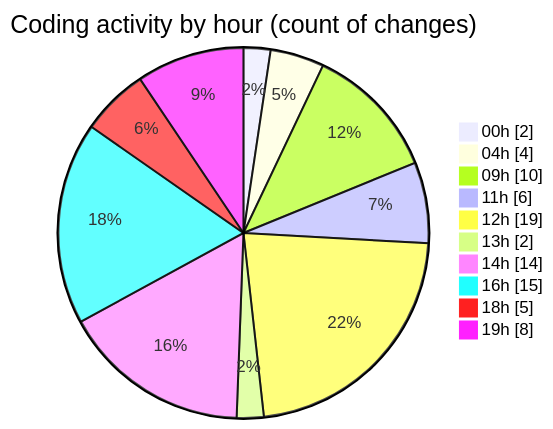
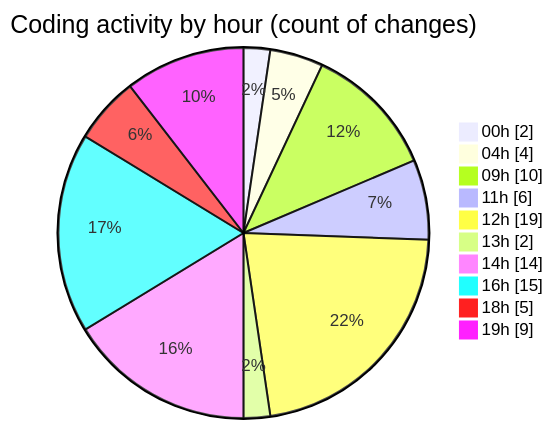
Before and after one commit to julien-gomy/code-tracking: the second of 2 diagrams in 2025-10-28/eventscop-frontend-guide__workspace_/README.md, drawn with Mermaid. The commit also changed other lines of this file and 1 other file, not shown here.

````diff
--- a/2025-10-28/eventscop-frontend-guide__workspace_/README.md
+++ b/2025-10-28/eventscop-frontend-guide__workspace_/README.md
@@ -57,14 +57,14 @@
 ```mermaid
 pie showData
 title Coding activity by hour (count of changes)
 "00h" : 2
 "04h" : 4
 "09h" : 10
 "11h" : 6
 "12h" : 19
 "13h" : 2
 "14h" : 14
 "16h" : 15
 "18h" : 5
-"19h" : 8
+"19h" : 9
 ```
````
